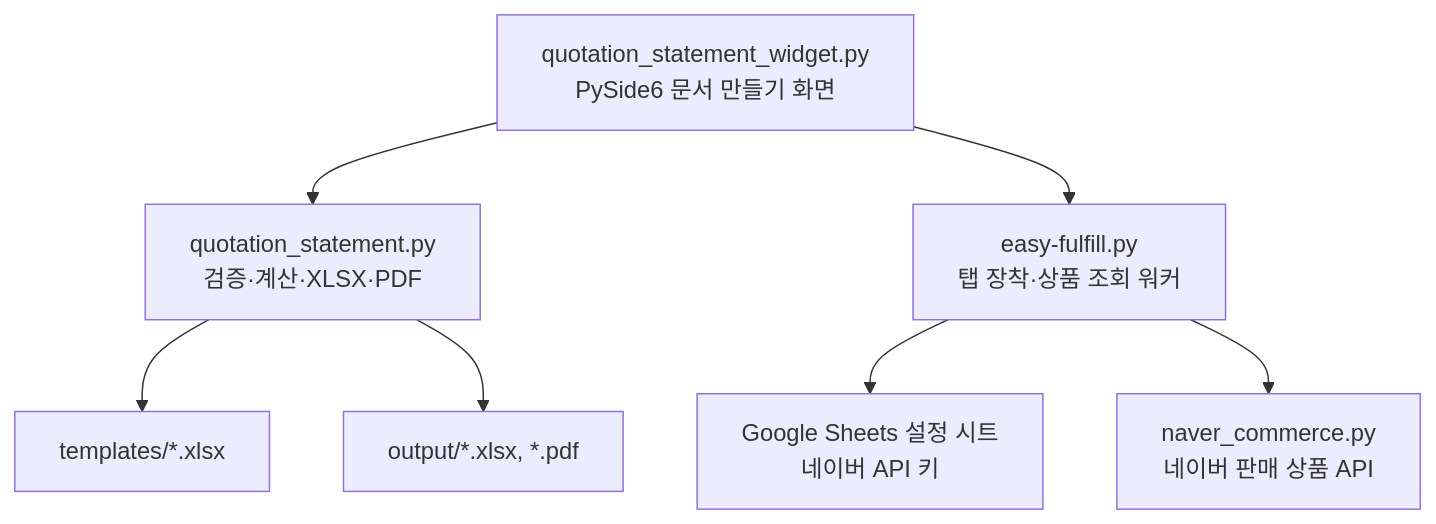
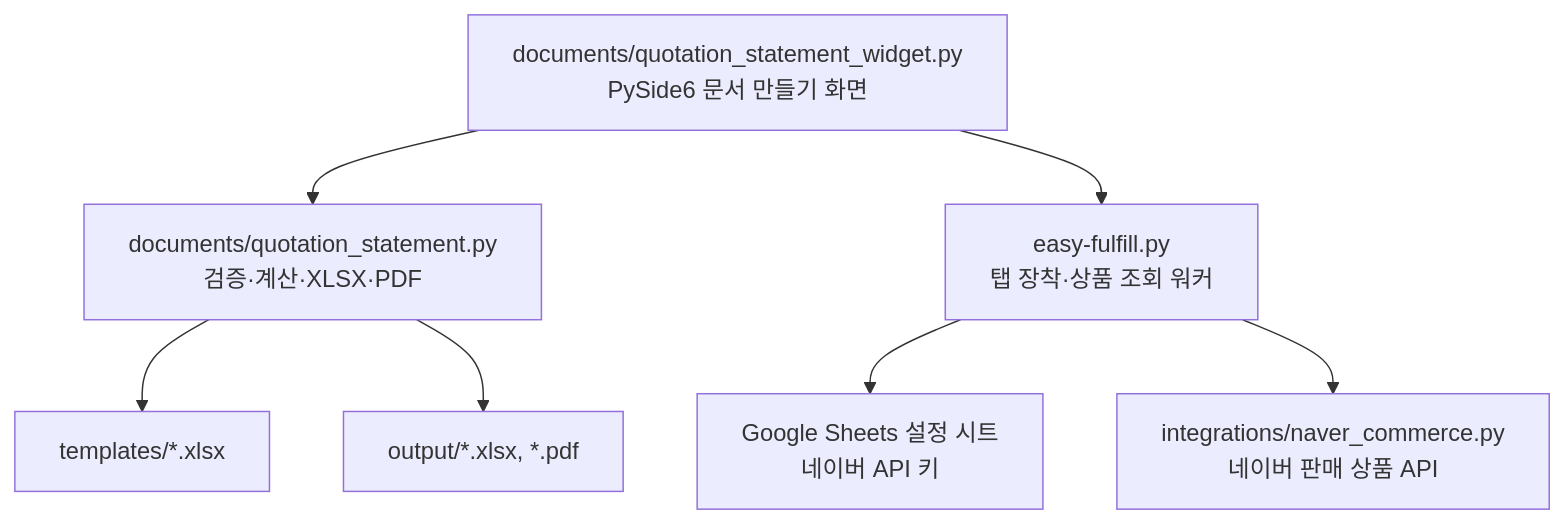
Before and after one commit to Peanut0711/easy-fulfill: the second of 2 diagrams in docs/quotation-statement-web-handover.md, drawn with Mermaid. The commit also changed other lines of this file and 71 other files, not shown here.

````diff
--- a/docs/quotation-statement-web-handover.md
+++ b/docs/quotation-statement-web-handover.md
@@ -225,9 +225,9 @@
 ```mermaid
 flowchart TB
-    UI[quotation_statement_widget.py\nPySide6 문서 만들기 화면] --> CALC[quotation_statement.py\n검증·계산·XLSX·PDF]
+    UI[documents/quotation_statement_widget.py\nPySide6 문서 만들기 화면] --> CALC[documents/quotation_statement.py\n검증·계산·XLSX·PDF]
     UI --> APP[easy-fulfill.py\n탭 장착·상품 조회 워커]
     APP --> AUTH[Google Sheets 설정 시트\n네이버 API 키]
-    APP --> NAVER[naver_commerce.py\n네이버 판매 상품 API]
+    APP --> NAVER[integrations/naver_commerce.py\n네이버 판매 상품 API]
     CALC --> XLSX[templates/*.xlsx]
     CALC --> OUT[output/*.xlsx, *.pdf]
 ```
````
